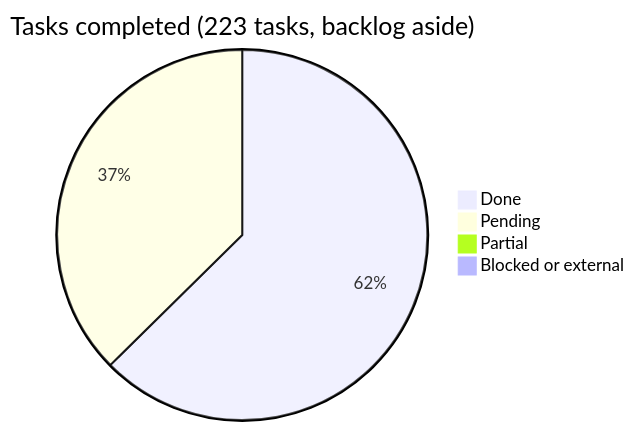
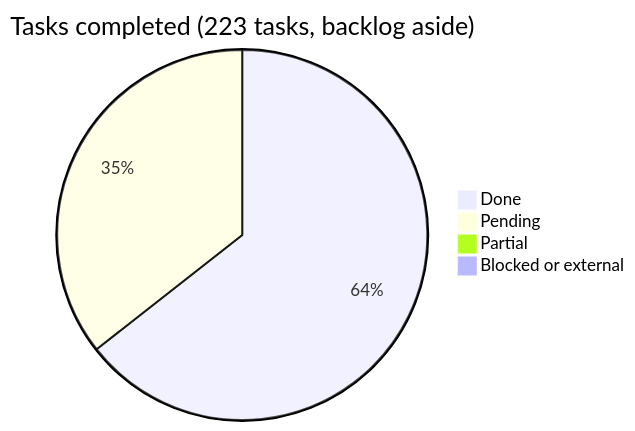
One commit to araguaney-lat/araguaney-app changed the diagram in docs/roadmap/README.md. Above: the diagram before and after it, drawn with Mermaid. The commit also changed other lines of this file and 19 other files, not shown here.

````diff
--- a/docs/roadmap/README.md
+++ b/docs/roadmap/README.md
@@ -38,7 +38,7 @@
 ```mermaid
 pie title Tasks completed (223 tasks, backlog aside)
-    "Done" : 139
-    "Pending" : 83
+    "Done" : 143
+    "Pending" : 79
     "Partial" : 1
     "Blocked or external" : 0
 ```
````
